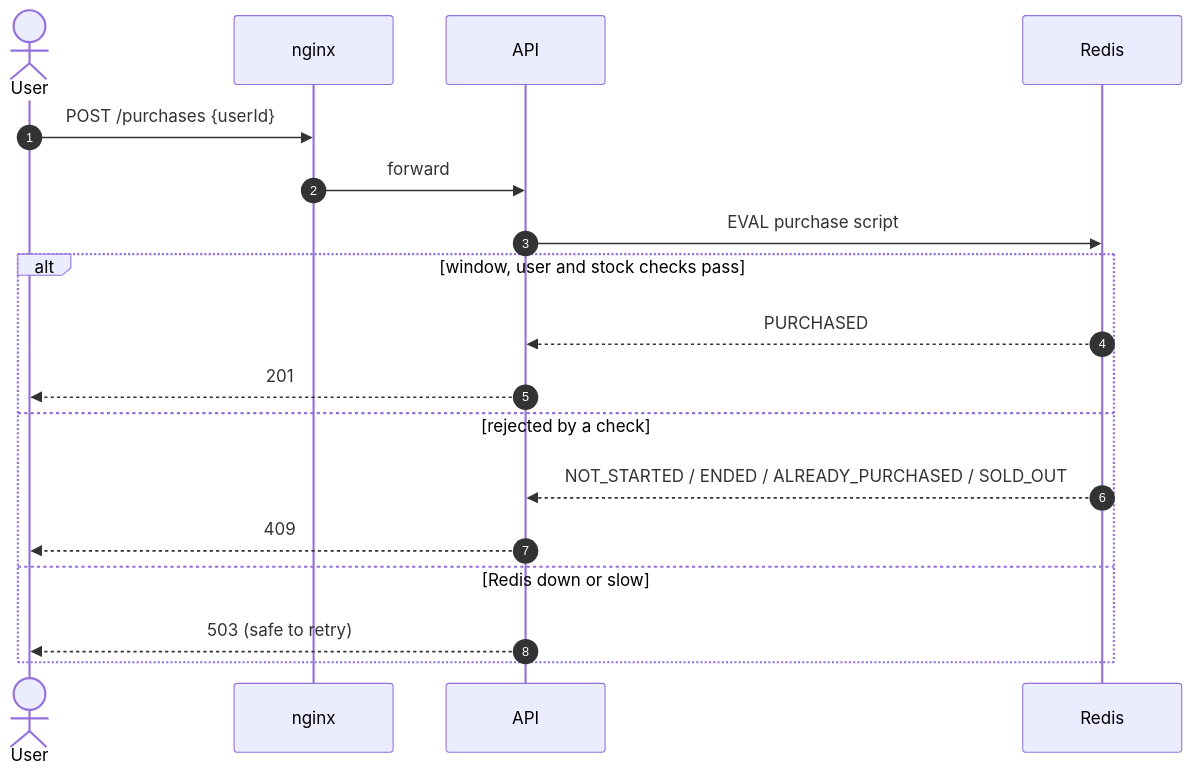
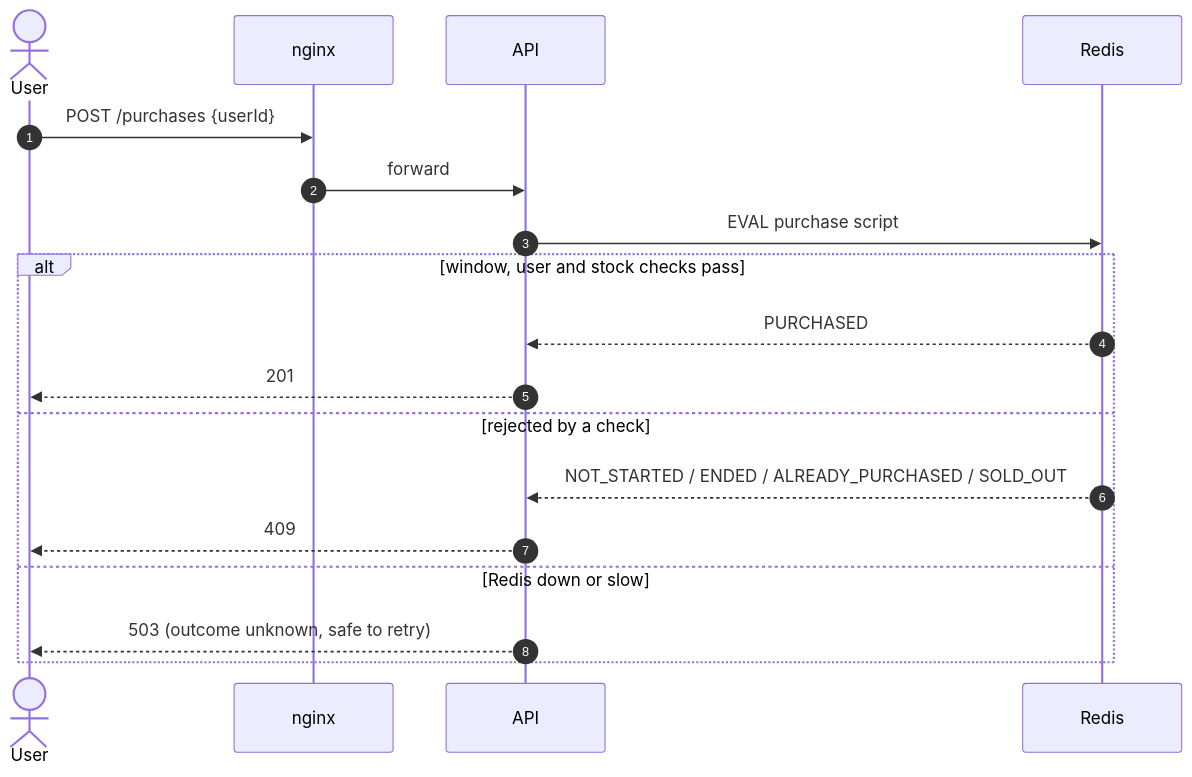
Before and after one commit to kowshik-sundararajan/flash-sales-system: the second of 4 diagrams in README.md, drawn with Mermaid. The commit also changed other lines of this file, not shown here.

````diff
--- a/README.md
+++ b/README.md
@@ -60,21 +60,21 @@
 ```mermaid
 sequenceDiagram
     autonumber
     actor U as User
     participant N as nginx
     participant A as API
     participant R as Redis
 
     U->>N: POST /purchases {userId}
     N->>A: forward
     A->>R: EVAL purchase script
     alt window, user and stock checks pass
         R-->>A: PURCHASED
         A-->>U: 201
     else rejected by a check
         R-->>A: NOT_STARTED / ENDED / ALREADY_PURCHASED / SOLD_OUT
         A-->>U: 409
     else Redis down or slow
-        A-->>U: 503 (safe to retry)
+        A-->>U: 503 (outcome unknown, safe to retry)
     end
 ```
````
